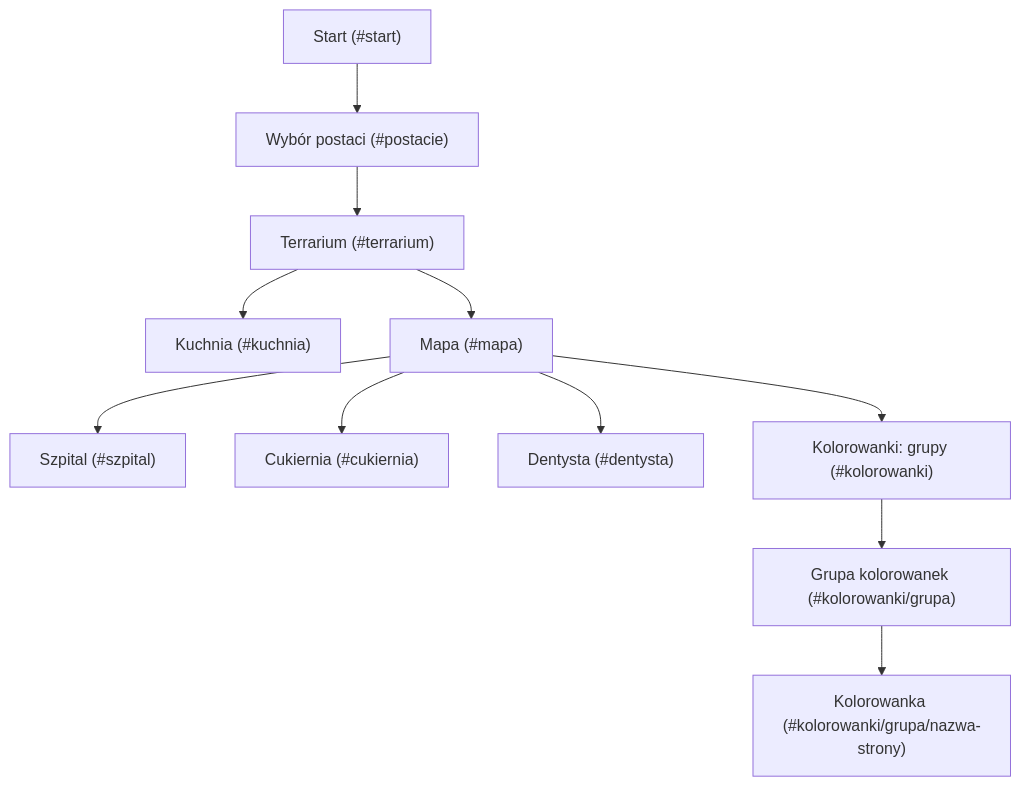
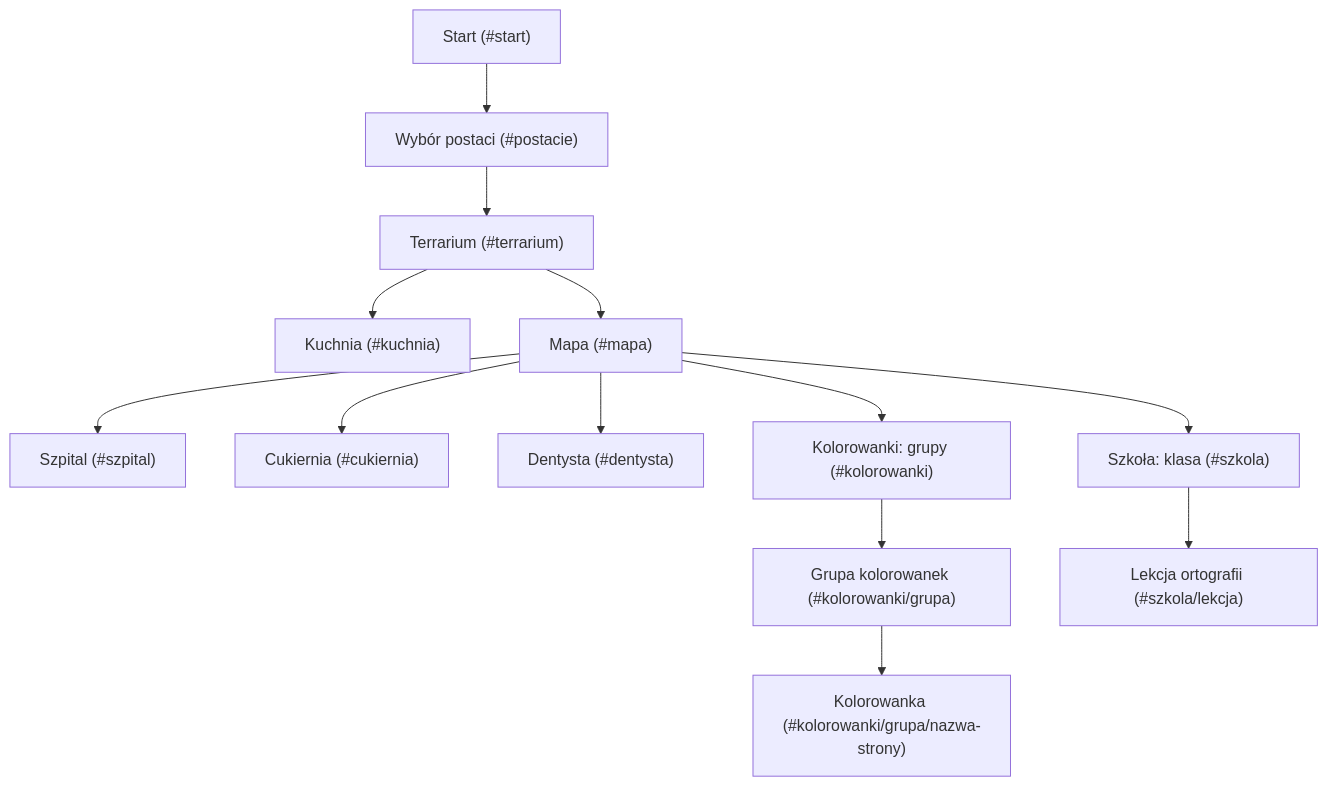
The diagram in README.md (matyldawarp/swiat-siostr), drawn with Mermaid before and after one commit. The commit also changed 11 other files, not shown here.

First line of the commit message:
Szkola na mapie: cztery lekcje ortografii z losowanymi zadaniami

````diff
--- a/README.md
+++ b/README.md
@@ -29,13 +29,15 @@
 ```mermaid
 flowchart TD
     start["Start (#start)"] --> postacie["Wybór postaci (#postacie)"]
     postacie --> terrarium["Terrarium (#terrarium)"]
     terrarium --> kuchnia["Kuchnia (#kuchnia)"]
     terrarium --> mapa["Mapa (#mapa)"]
     mapa --> szpital["Szpital (#szpital)"]
     mapa --> cukiernia["Cukiernia (#cukiernia)"]
     mapa --> dentysta["Dentysta (#dentysta)"]
     mapa --> kolorowanki["Kolorowanki: grupy (#kolorowanki)"]
     kolorowanki --> grupa["Grupa kolorowanek (#kolorowanki/grupa)"]
     grupa --> strona["Kolorowanka (#kolorowanki/grupa/nazwa-strony)"]
+    mapa --> szkola["Szkoła: klasa (#szkola)"]
+    szkola --> lekcja["Lekcja ortografii (#szkola/lekcja)"]
 ```
````
